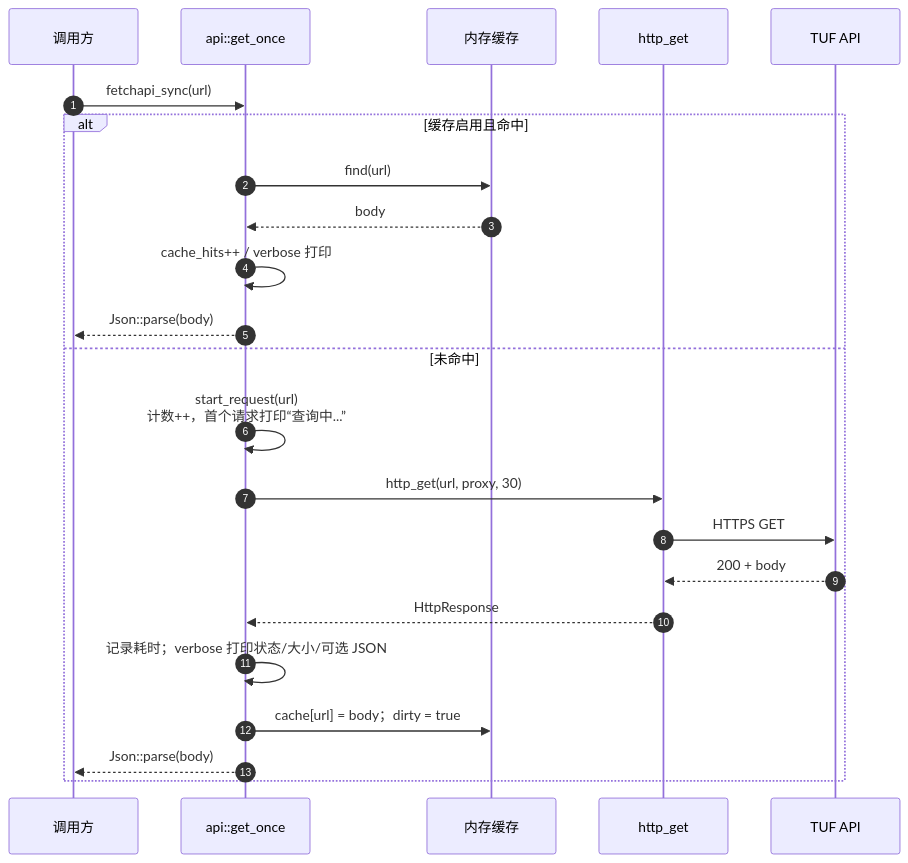
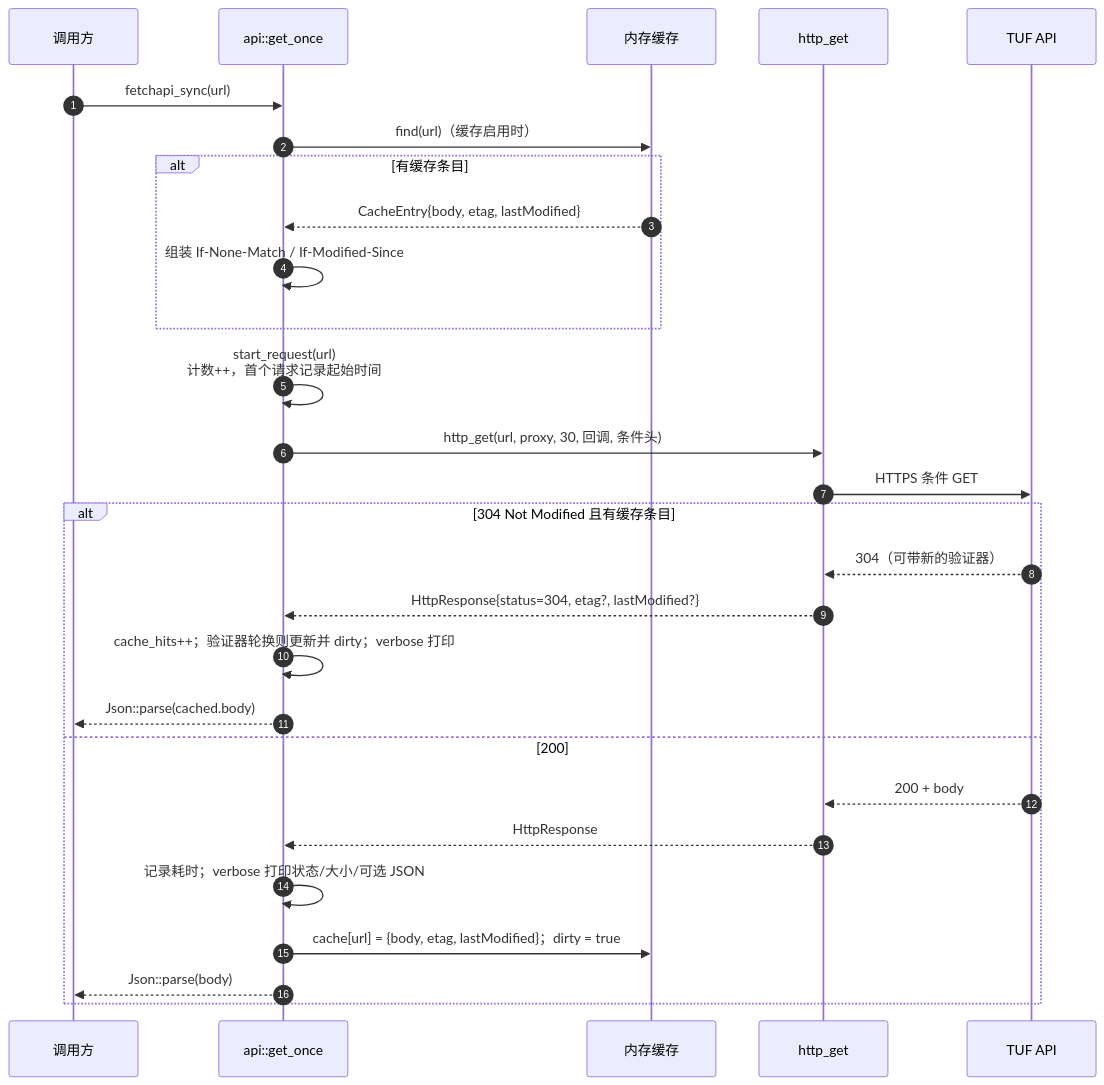
Before and after one commit to SleepingCui/tuftools: the seventh of 20 diagrams in docs/doc.md, drawn with Mermaid. The commit also changed other lines of this file and 8 other files, not shown here.

````diff
--- a/docs/doc.md
+++ b/docs/doc.md
@@ -809,26 +959,31 @@
 ```mermaid
 sequenceDiagram
   autonumber
   participant C as 调用方
   participant A as api::get_once
   participant K as 内存缓存
   participant H as http_get
   participant S as TUF API
 
   C->>A: fetchapi_sync(url)
-  alt 缓存启用且命中
-    A->>K: find(url)
-    K-->>A: body
-    A->>A: cache_hits++ / verbose 打印
-    A-->>C: Json::parse(body)
-  else 未命中
-    A->>A: start_request(url)<br/>计数++，首个请求打印“查询中...”
-    A->>H: http_get(url, proxy, 30)
-    H->>S: HTTPS GET
+  A->>K: find(url)（缓存启用时）
+  alt 有缓存条目
+    K-->>A: CacheEntry{body, etag, lastModified}
+    A->>A: 组装 If-None-Match / If-Modified-Since
+  end
+  A->>A: start_request(url)<br/>计数++，首个请求记录起始时间
+  A->>H: http_get(url, proxy, 30, 回调, 条件头)
+  H->>S: HTTPS 条件 GET
+  alt 304 Not Modified 且有缓存条目
+    S-->>H: 304（可带新的验证器）
+    H-->>A: HttpResponse{status=304, etag?, lastModified?}
+    A->>A: cache_hits++；验证器轮换则更新并 dirty；verbose 打印
+    A-->>C: Json::parse(cached.body)
+  else 200
     S-->>H: 200 + body
     H-->>A: HttpResponse
     A->>A: 记录耗时；verbose 打印状态/大小/可选 JSON
-    A->>K: cache[url] = body；dirty = true
+    A->>K: cache[url] = {body, etag, lastModified}；dirty = true
     A-->>C: Json::parse(body)
   end
 ```
````
